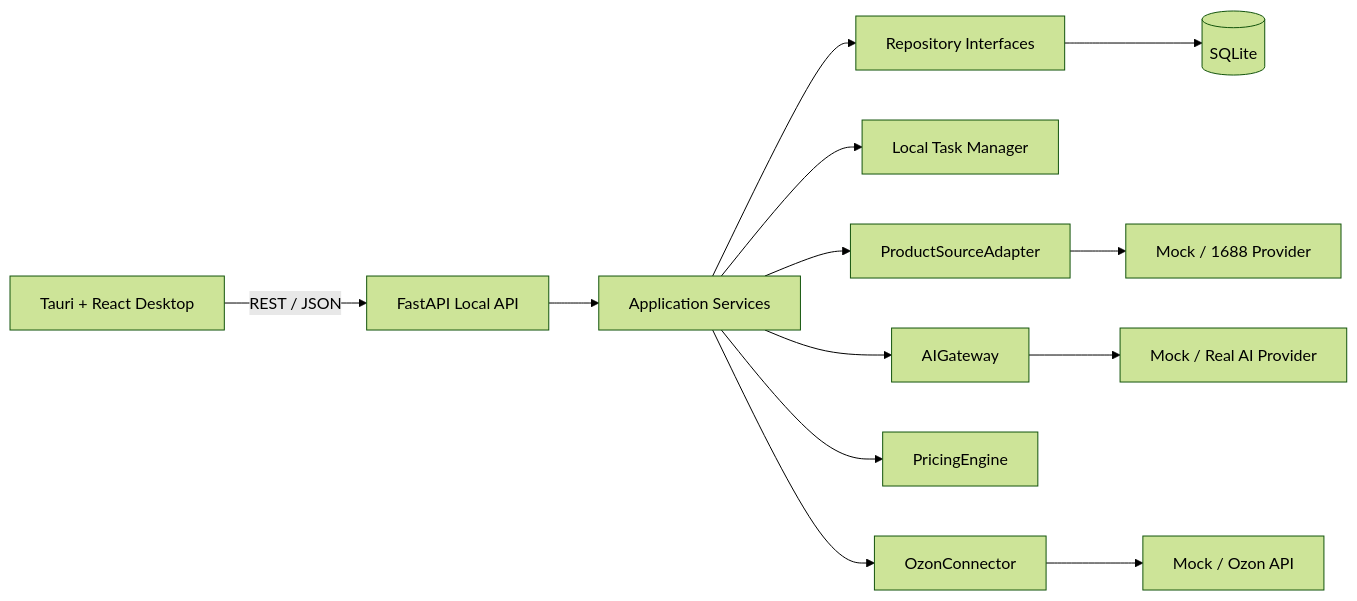
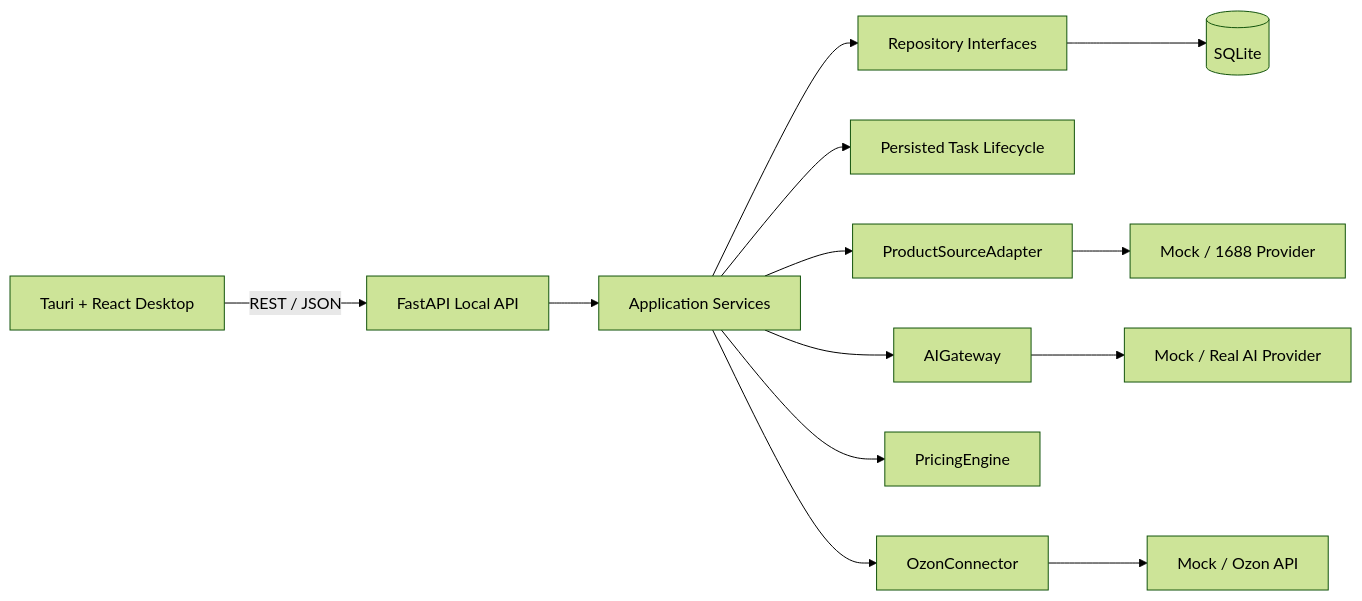
The first of 2 diagrams in ARCHITECTURE.md (he15375842065-png/ozon-assistant), drawn with Mermaid (forest theme) before and after one commit. The commit also changed other lines of this file and 7 other files, not shown here.

````diff
--- a/ARCHITECTURE.md
+++ b/ARCHITECTURE.md
@@ -11,15 +11,15 @@
 ```mermaid
 flowchart LR
     UI[Tauri + React Desktop] -->|REST / JSON| API[FastAPI Local API]
     API --> SVC[Application Services]
     SVC --> REPO[Repository Interfaces]
     REPO --> DB[(SQLite)]
-    SVC --> TASK[Local Task Manager]
+    SVC --> TASK[Persisted Task Lifecycle]
     SVC --> SOURCE[ProductSourceAdapter]
     SVC --> AI[AIGateway]
     SVC --> PRICE[PricingEngine]
     SVC --> OZON[OzonConnector]
     SOURCE --> P1688[Mock / 1688 Provider]
     AI --> AIP[Mock / Real AI Provider]
     OZON --> OP[Mock / Ozon API]
 ```
````
